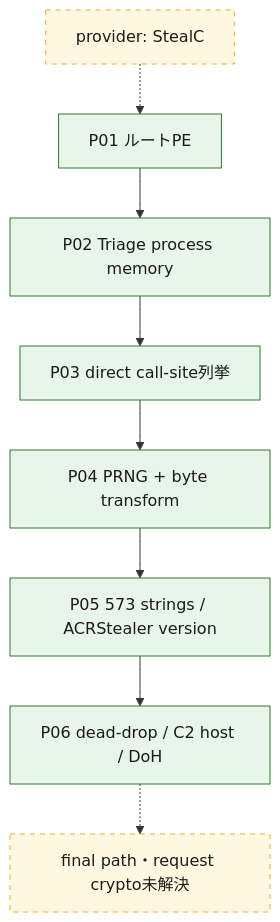
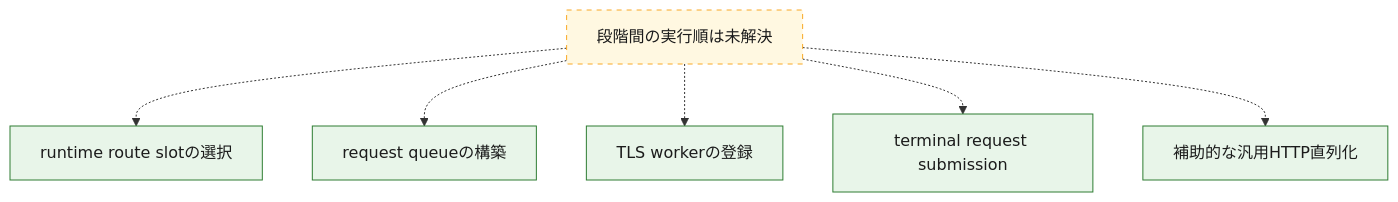
Before and after one commit to proshiba/AI-security-analysis: the first of 3 diagrams in analysis-results/malware/stealc/versions/unknown/cases/4153db289c9a3de57845890aadeec7951fcf5516fd39f25c6d8c3e42fc21f801/OVERALL-LOGIC.md, drawn with Mermaid. The commit also changed other lines of this file and 153 other files, not shown here.

````diff
--- a/analysis-results/malware/stealc/versions/unknown/cases/4153db289c9a3de57845890aadeec7951fcf5516fd39f25c6d8c3e42fc21f801/OVERALL-LOGIC.md
+++ b/analysis-results/malware/stealc/versions/unknown/cases/4153db289c9a3de57845890aadeec7951fcf5516fd39f25c6d8c3e42fc21f801/OVERALL-LOGIC.md
@@ -14,14 +16,18 @@
 ```mermaid
 flowchart TD
-  p00["provider: StealC"] -.-> p01["P01 ルートPE"]
-  p01 --> p02["P02 Triage process memory"]
-  p02 --> p03["P03 direct call-site列挙"]
-  p03 --> p04["P04 PRNG + byte transform"]
-  p04 --> p05["P05 573 strings / ACRStealer version"]
-  p05 --> p06["P06 dead-drop / C2 host / DoH"]
-  p06 -.-> p07["final path・request crypto未解決"]
-  class p01,p02,p03,p04,p05,p06 confirmed
-  class p00,p07 unresolved
+  exec_01["runtime route slotの選択"]
+  exec_02["request queueの構築"]
+  exec_03["TLS workerの登録"]
+  exec_04["terminal request submission"]
+  exec_05["補助的な汎用HTTP直列化"]
+  exec_unknown["段階間の実行順は未解決"]
+  exec_unknown -.-> exec_01
+  exec_unknown -.-> exec_02
+  exec_unknown -.-> exec_03
+  exec_unknown -.-> exec_04
+  exec_unknown -.-> exec_05
+  class exec_unknown unresolved
+  class exec_01,exec_02,exec_03,exec_04,exec_05 confirmed
   classDef confirmed fill:#e8f5e9,stroke:#2e7d32,color:#1b1b1b
   classDef unresolved fill:#fff8e1,stroke:#f9a825,color:#1b1b1b,stroke-dasharray:5 5
 ```
````
